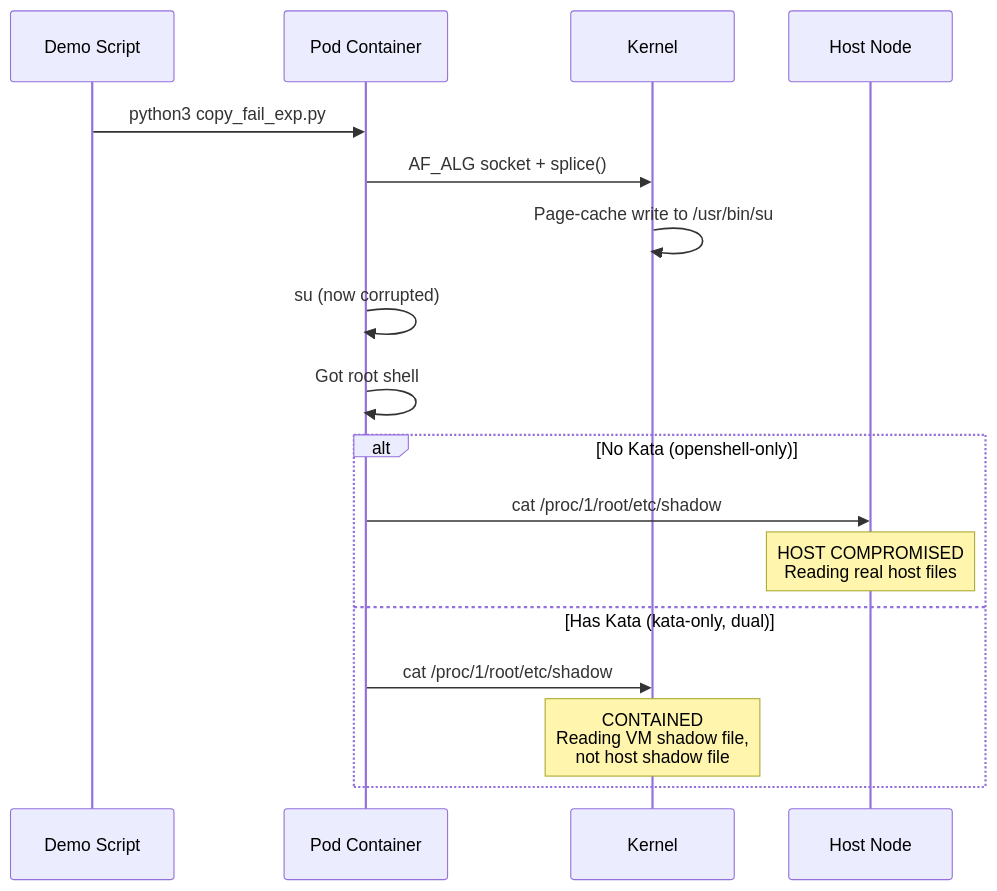
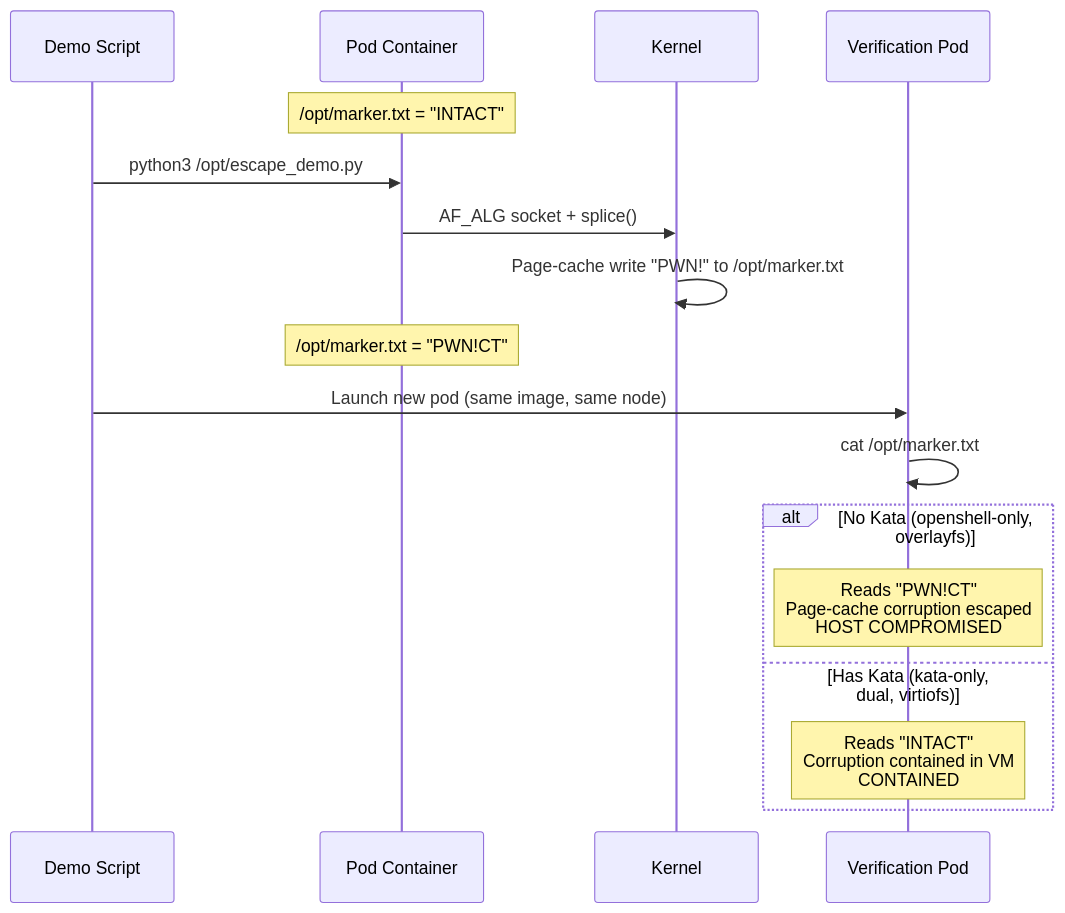
The third of 3 diagrams in docs/architecture.md (aegeiger/openshell-sandbox-poc), drawn with Mermaid before and after one commit. The commit also changed 12 other files, not shown here.

````diff
--- a/docs/architecture.md
+++ b/docs/architecture.md
@@ -97,22 +97,24 @@
 ```mermaid
 sequenceDiagram
     participant User as Demo Script
     participant Pod as Pod Container
     participant Kernel as Kernel
-    participant Host as Host Node
+    participant Verify as Verification Pod
 
-    User->>Pod: python3 copy_fail_exp.py
+    Note over Pod: /opt/marker.txt = "INTACT"
+
+    User->>Pod: python3 /opt/escape_demo.py
     Pod->>Kernel: AF_ALG socket + splice()
-    Kernel->>Kernel: Page-cache write to /usr/bin/su
+    Kernel->>Kernel: Page-cache write "PWN!" to /opt/marker.txt
 
-    Pod->>Pod: su (now corrupted)
-    Pod->>Pod: Got root shell
+    Note over Pod: /opt/marker.txt = "PWN!CT"
 
-    alt No Kata (openshell-only)
-        Pod->>Host: cat /proc/1/root/etc/shadow
-        Note over Host: HOST COMPROMISED<br/>Reading real host files
-    else Has Kata (kata-only, dual)
-        Pod->>Kernel: cat /proc/1/root/etc/shadow
-        Note over Kernel: CONTAINED<br/>Reading VM shadow file,<br/>not host shadow file
+    User->>Verify: Launch new pod (same image, same node)
+    Verify->>Verify: cat /opt/marker.txt
+
+    alt No Kata (openshell-only, overlayfs)
+        Note over Verify: Reads "PWN!CT"<br/>Page-cache corruption escaped<br/>HOST COMPROMISED
+    else Has Kata (kata-only, dual, virtiofs)
+        Note over Verify: Reads "INTACT"<br/>Corruption contained in VM<br/>CONTAINED
     end
 ```
````
